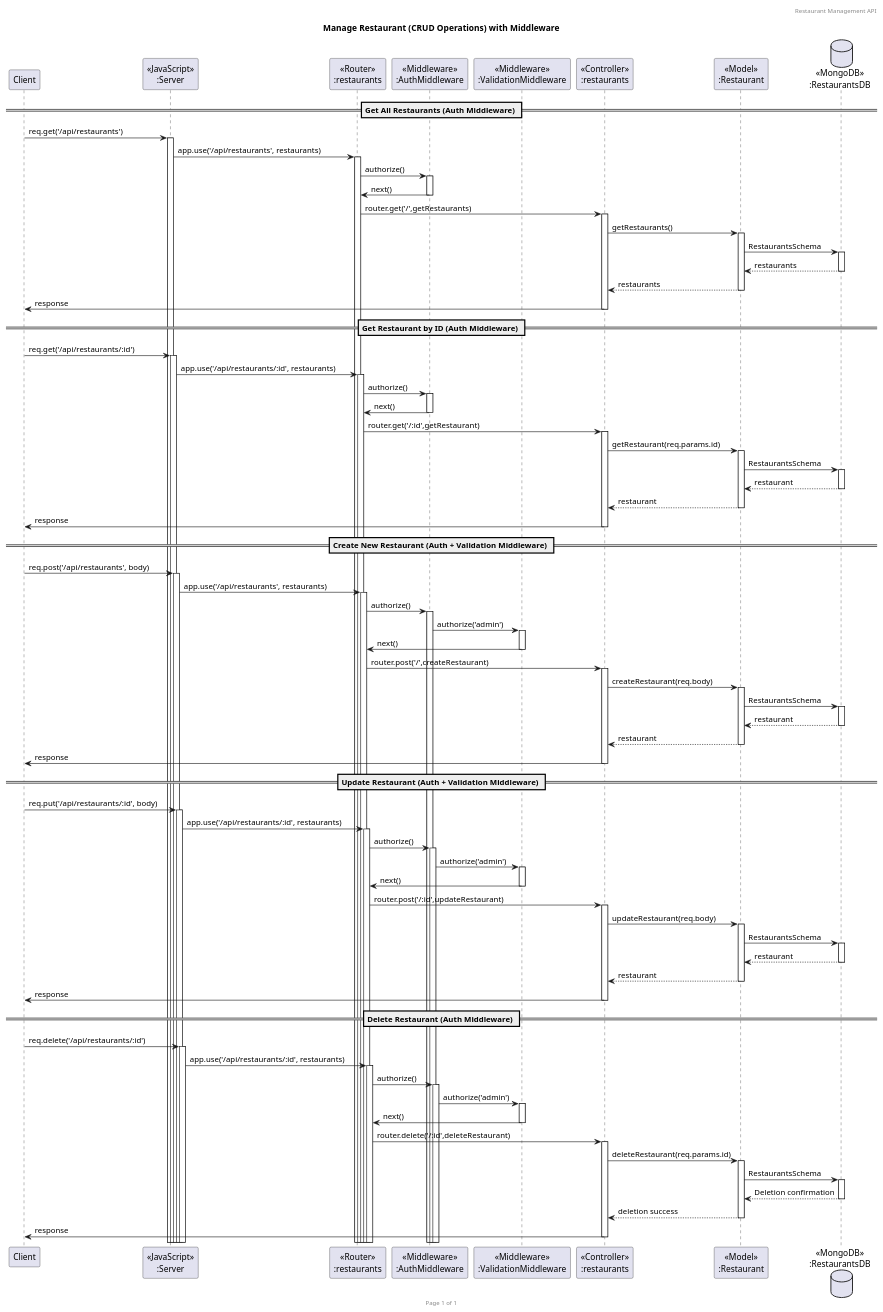
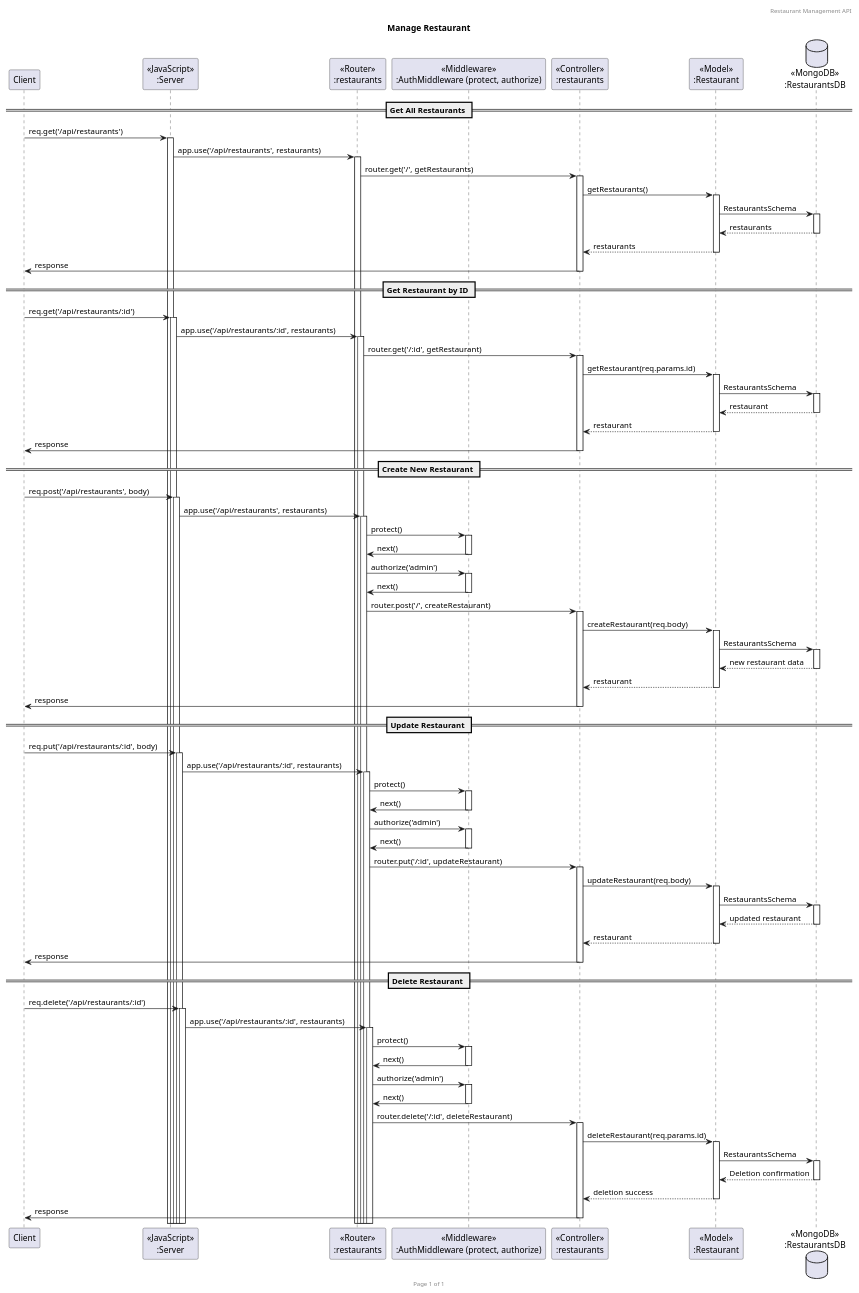
Before and after one commit to Sun-sh1nee/Backend-Restaurant: the diagram in diagram/Sequence_diagram_restaurant.puml, drawn with PlantUML. The commit also changed 4 other files, not shown here.

```diff
--- a/diagram/Sequence_diagram_restaurant.puml
+++ b/diagram/Sequence_diagram_restaurant.puml
@@ -1,79 +1,77 @@
-@startuml Manage Restaurant (CRUD with Middleware)
+@startuml Manage Restaurant
 
 header Restaurant Management API
 footer Page %page% of %lastpage%
-title "Manage Restaurant (CRUD Operations) with Middleware"
+title "Manage Restaurant"
 
 participant "Client" as client
 participant "<<JavaScript>>\n:Server" as server
 participant "<<Router>>\n:restaurants" as routerRestaurants
-participant "<<Middleware>>\n:AuthMiddleware" as authMiddleware
-participant "<<Middleware>>\n:ValidationMiddleware" as validationMiddleware
+participant "<<Middleware>>\n:AuthMiddleware (protect, authorize)" as authMiddleware
 participant "<<Controller>>\n:restaurants" as controllersRestaurants
 participant "<<Model>>\n:Restaurant" as modelRestaurant
 database "<<MongoDB>>\n:RestaurantsDB" as RestaurantsDatabase
 
-== Get All Restaurants (Auth Middleware) ==
+== Get All Restaurants ==
 client -> server ++ : req.get('/api/restaurants')
 server -> routerRestaurants ++ : app.use('/api/restaurants', restaurants)
-routerRestaurants -> authMiddleware ++ : authorize()
-authMiddleware -> routerRestaurants -- : next() 
-routerRestaurants -> controllersRestaurants ++ : router.get('/',getRestaurants)
+routerRestaurants -> controllersRestaurants ++ : router.get('/', getRestaurants)
 controllersRestaurants -> modelRestaurant ++ : getRestaurants()
-modelRestaurant -> RestaurantsDatabase ++ :  RestaurantsSchema
+modelRestaurant -> RestaurantsDatabase ++ : RestaurantsSchema
 RestaurantsDatabase --> modelRestaurant -- : restaurants
 controllersRestaurants <-- modelRestaurant -- : restaurants
 controllersRestaurants -> client -- : response 
 
-== Get Restaurant by ID (Auth Middleware) ==
+== Get Restaurant by ID ==
 client -> server ++ : req.get('/api/restaurants/:id')
 server -> routerRestaurants ++ : app.use('/api/restaurants/:id', restaurants)
-routerRestaurants -> authMiddleware ++ : authorize()
-authMiddleware -> routerRestaurants -- : next() 
-routerRestaurants -> controllersRestaurants ++ :router.get('/:id',getRestaurant) 
+routerRestaurants -> controllersRestaurants ++ : router.get('/:id', getRestaurant) 
 controllersRestaurants -> modelRestaurant ++ : getRestaurant(req.params.id)
 modelRestaurant -> RestaurantsDatabase ++ : RestaurantsSchema
 RestaurantsDatabase --> modelRestaurant -- : restaurant
 controllersRestaurants <-- modelRestaurant -- : restaurant
 controllersRestaurants -> client -- : response 
 
-== Create New Restaurant (Auth + Validation Middleware) ==
+== Create New Restaurant ==
 client -> server ++ : req.post('/api/restaurants', body)
 server -> routerRestaurants ++ : app.use('/api/restaurants', restaurants)
-routerRestaurants -> authMiddleware ++ : authorize()
-authMiddleware -> validationMiddleware ++ : authorize('admin')
-validationMiddleware -> routerRestaurants -- : next() 
-routerRestaurants -> controllersRestaurants ++ : router.post('/',createRestaurant)
+routerRestaurants -> authMiddleware ++ : protect()
+authMiddleware -> routerRestaurants -- : next() 
+routerRestaurants -> authMiddleware ++ : authorize('admin')
+authMiddleware -> routerRestaurants -- : next()
+routerRestaurants -> controllersRestaurants ++ : router.post('/', createRestaurant)
 controllersRestaurants -> modelRestaurant ++ : createRestaurant(req.body)
 modelRestaurant -> RestaurantsDatabase ++ : RestaurantsSchema
-RestaurantsDatabase --> modelRestaurant -- : restaurant
+RestaurantsDatabase --> modelRestaurant -- : new restaurant data
 controllersRestaurants <-- modelRestaurant -- : restaurant
 controllersRestaurants -> client -- : response 
 
-== Update Restaurant (Auth + Validation Middleware) ==
+== Update Restaurant ==
 client -> server ++ : req.put('/api/restaurants/:id', body)
 server -> routerRestaurants ++ : app.use('/api/restaurants/:id', restaurants)
-routerRestaurants -> authMiddleware ++ : authorize()
-authMiddleware -> validationMiddleware ++ : authorize('admin')
-validationMiddleware -> routerRestaurants -- : next() 
-routerRestaurants -> controllersRestaurants ++ : router.post('/:id',updateRestaurant)
+routerRestaurants -> authMiddleware ++ : protect()
+authMiddleware -> routerRestaurants -- : next() 
+routerRestaurants -> authMiddleware ++ : authorize('admin')
+authMiddleware -> routerRestaurants -- : next()
+routerRestaurants -> controllersRestaurants ++ : router.put('/:id', updateRestaurant)
 controllersRestaurants -> modelRestaurant ++ : updateRestaurant(req.body)
 modelRestaurant -> RestaurantsDatabase ++ : RestaurantsSchema
-RestaurantsDatabase --> modelRestaurant -- : restaurant
+RestaurantsDatabase --> modelRestaurant -- : updated restaurant
 controllersRestaurants <-- modelRestaurant -- : restaurant
 controllersRestaurants -> client -- : response 
 
-== Delete Restaurant (Auth Middleware) ==
+== Delete Restaurant ==
 client -> server ++ : req.delete('/api/restaurants/:id')
 server -> routerRestaurants ++ : app.use('/api/restaurants/:id', restaurants)
-routerRestaurants -> authMiddleware ++ : authorize()
-authMiddleware -> validationMiddleware ++ : authorize('admin')
-validationMiddleware -> routerRestaurants -- : next()
-routerRestaurants -> controllersRestaurants ++ : router.delete('/:id',deleteRestaurant)
+routerRestaurants -> authMiddleware ++ : protect()
+authMiddleware -> routerRestaurants -- : next()
+routerRestaurants -> authMiddleware ++ : authorize('admin')
+authMiddleware -> routerRestaurants -- : next()
+routerRestaurants -> controllersRestaurants ++ : router.delete('/:id', deleteRestaurant)
 controllersRestaurants -> modelRestaurant ++ : deleteRestaurant(req.params.id)
 modelRestaurant -> RestaurantsDatabase ++ : RestaurantsSchema
 RestaurantsDatabase --> modelRestaurant -- : Deletion confirmation
 controllersRestaurants <-- modelRestaurant -- : deletion success
 controllersRestaurants -> client -- : response 
 
 @enduml
```
